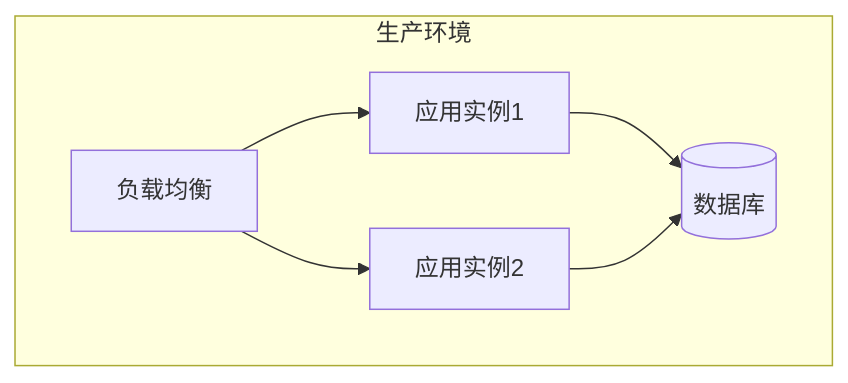
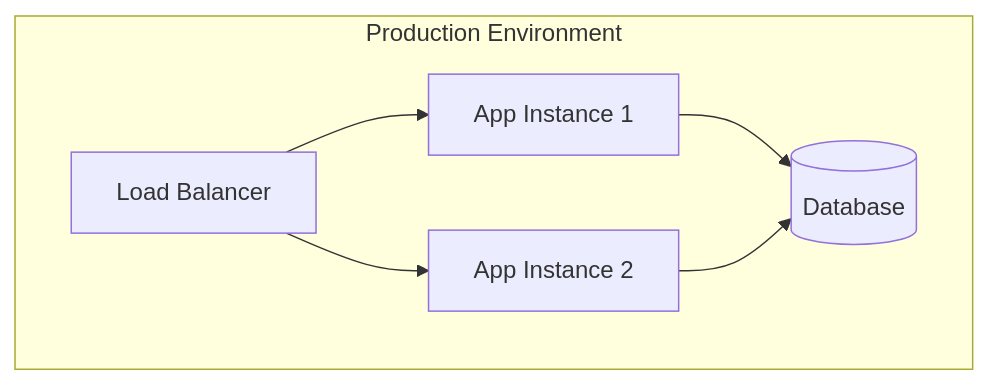
Diagram 13 of 16 in TEMPLATE.md (mjczz/project-analyzer), drawn with Mermaid before and after one commit. The commit also changed other lines of this file and 8 other files, not shown here.

````diff
--- a/TEMPLATE.md
+++ b/TEMPLATE.md
@@ -579,14 +579,14 @@
 ```mermaid
 graph TB
-    subgraph "生产环境"
-        A[负载均衡]
-        B[应用实例1]
-        C[应用实例2]
-        D[(数据库)]
+    subgraph "Production Environment"
+        A[Load Balancer]
+        B[App Instance 1]
+        C[App Instance 2]
+        D[(Database)]
     end
 
     A --> B
     A --> C
     B --> D
     C --> D
 ```
````
